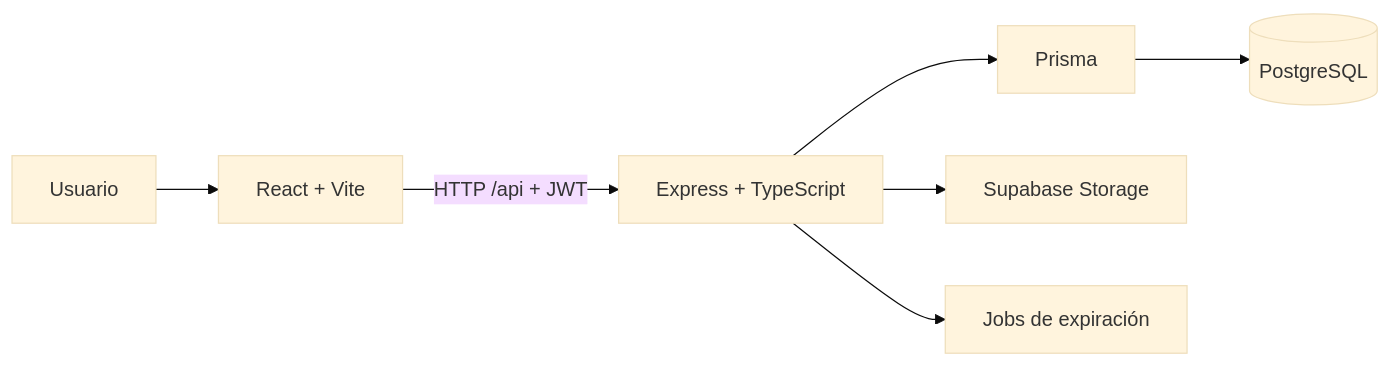
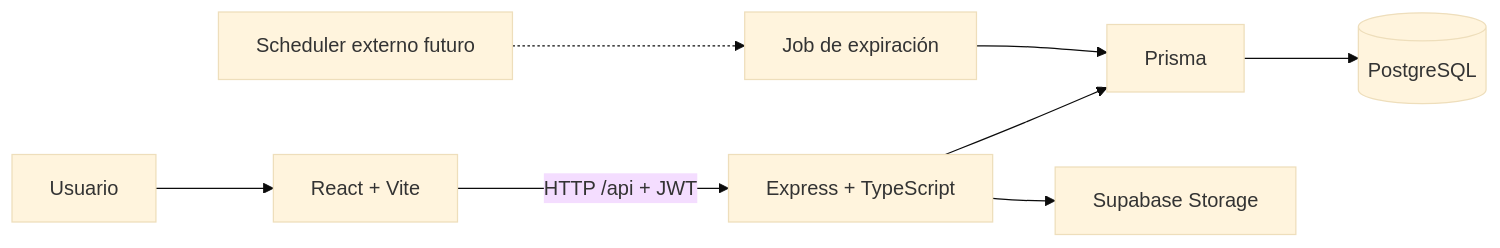
The diagram in docs/architecture/overview.md (La-Federala-UTN-FRLP/Club-La-Federala), drawn with Mermaid (base theme) before and after one commit. The commit also changed other lines of this file and 11 other files, not shown here.

````diff
--- a/docs/architecture/overview.md
+++ b/docs/architecture/overview.md
@@ -12,9 +12,10 @@
 ```mermaid
 flowchart LR
   U[Usuario] --> FE[React + Vite]
   FE -->|HTTP /api + JWT| API[Express + TypeScript]
   API --> ORM[Prisma]
   ORM --> DB[(PostgreSQL)]
   API --> FS[Supabase Storage]
-  API --> JOB[Jobs de expiración]
+  SCH[Scheduler externo futuro] -.-> JOB[Job de expiración]
+  JOB --> ORM
 ```
````
